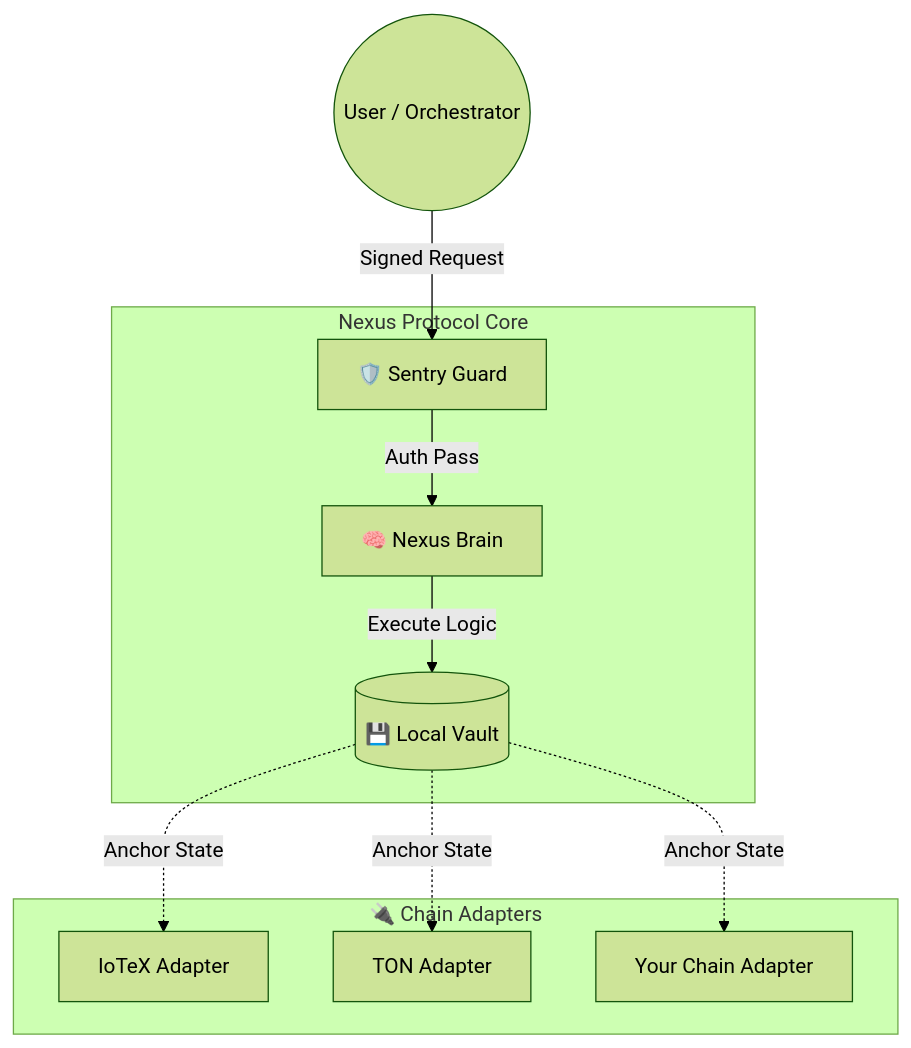
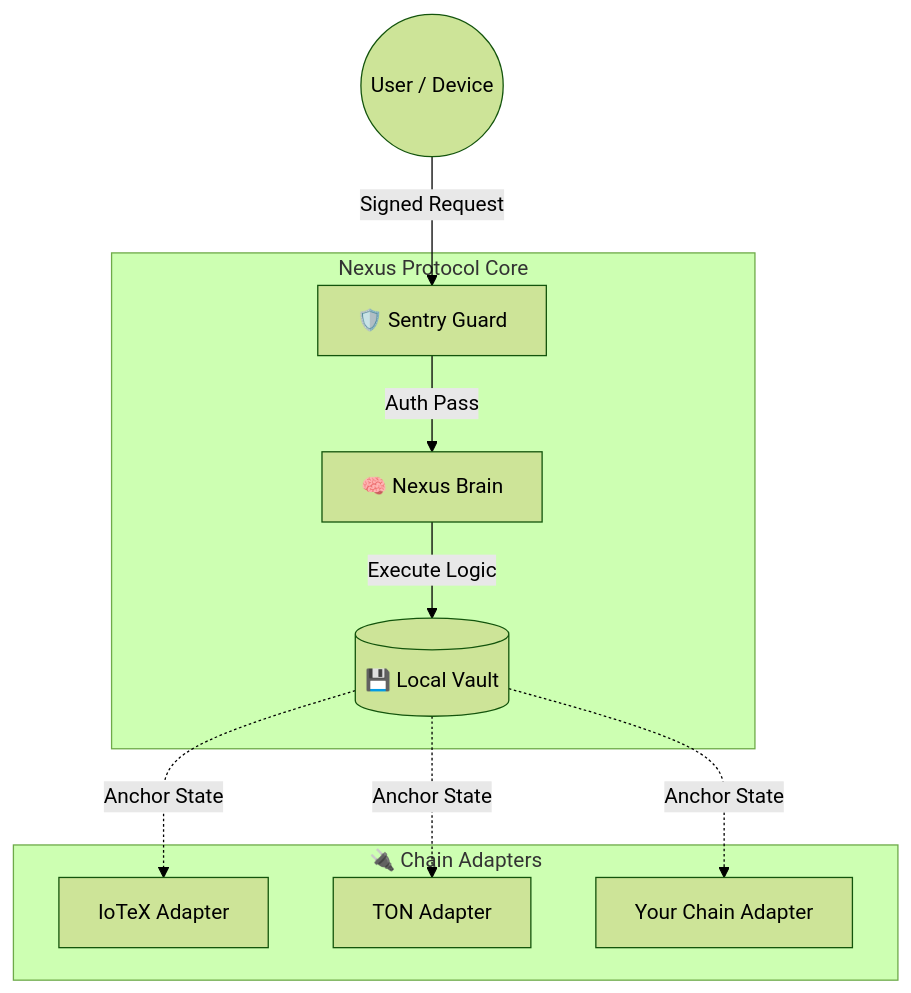
Before and after one commit to arhantbarmate/nexus-core: the diagram in README.md, drawn with Mermaid (forest theme). The commit also changed other lines of this file and 1 other file, not shown here.

Commit message:
docs: update specs to v1.3.1 (universal + peaq support)

````diff
--- a/README.md
+++ b/README.md
@@ -33,15 +33,15 @@
 ```mermaid
 graph TD
-    User((User / Orchestrator)) -->|Signed Request| Sentry[🛡️ Sentry Guard]
+    User((User / Device)) -->|Signed Request| Sentry[🛡️ Sentry Guard]
     
     subgraph Sovereign_Node [Nexus Protocol Core]
         Sentry -->|Auth Pass| Brain[🧠 Nexus Brain]
         Brain -->|Execute Logic| Vault[(💾 Local Vault)]
     end
     
     subgraph Adapters [🔌 Chain Adapters]
         Vault -.->|Anchor State| IOTX[IoTeX Adapter]
         Vault -.->|Anchor State| TON[TON Adapter]
         Vault -.->|Anchor State| ANY[Your Chain Adapter]
     end
 ```
````
